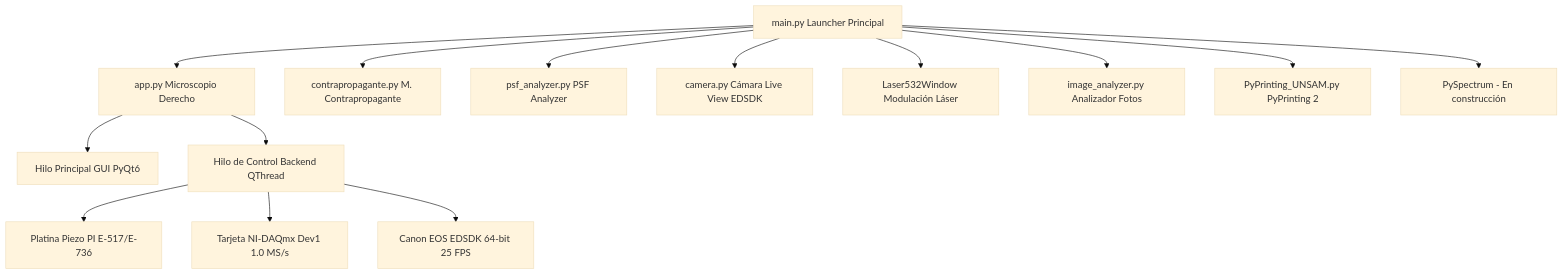
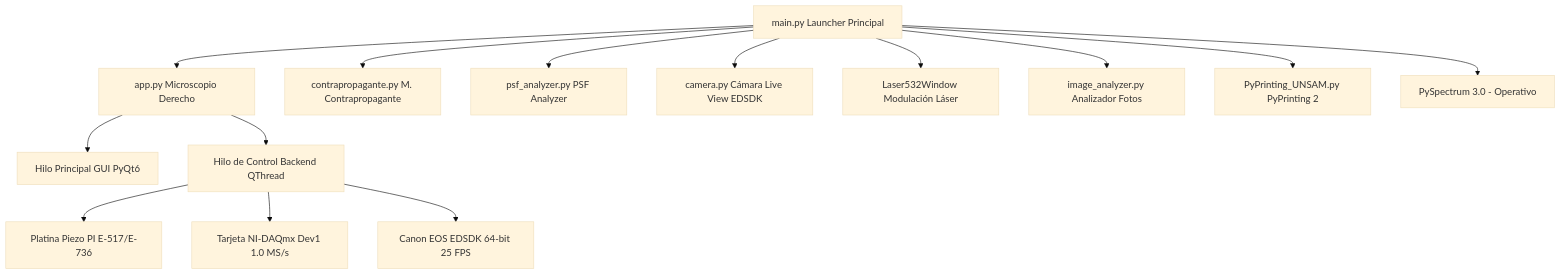
One commit to joselitog1999/pyprinting_3.0 changed the diagram in docs/MANUAL_USUARIO.md. Above: the diagram before and after it, drawn with Mermaid (base theme). The commit also changed other lines of this file and 14 other files, not shown here.

````diff
--- a/docs/MANUAL_USUARIO.md
+++ b/docs/MANUAL_USUARIO.md
@@ -63,18 +66,18 @@
 ```mermaid
 graph TD
     Launcher[main.py Launcher Principal] --> App[app.py Microscopio Derecho]
     Launcher --> Contra[contrapropagante.py M. Contrapropagante]
     Launcher --> PSF[psf_analyzer.py PSF Analyzer]
     Launcher --> Cam[camera.py Cámara Live View EDSDK]
     Launcher --> Laser[Laser532Window Modulación Láser]
     Launcher --> Img[image_analyzer.py Analizador Fotos]
     Launcher --> P2[PyPrinting_UNSAM.py PyPrinting 2]
-    Launcher --> Spectrum[PySpectrum - En construcción]
+    Launcher --> Spectrum[PySpectrum 3.0 - Operativo]
 
     App --> UIThread[Hilo Principal GUI PyQt6]
     App --> WorkerThread[Hilo de Control Backend QThread]
 
     WorkerThread --> PI[Platina Piezo PI E-517/E-736]
     WorkerThread --> NIDAQ[Tarjeta NI-DAQmx Dev1 1.0 MS/s]
     WorkerThread --> Canon[Canon EOS EDSDK 64-bit 25 FPS]
 ```
````
